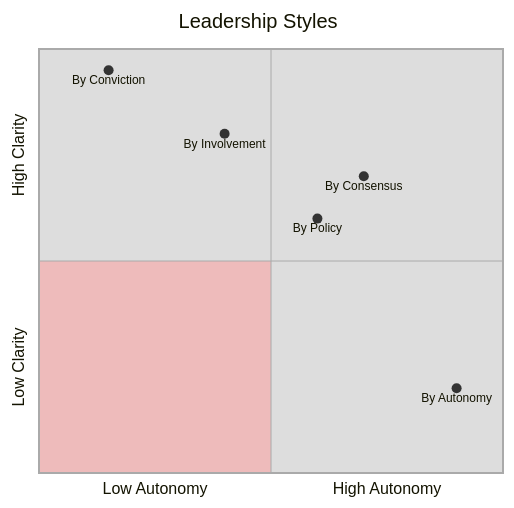
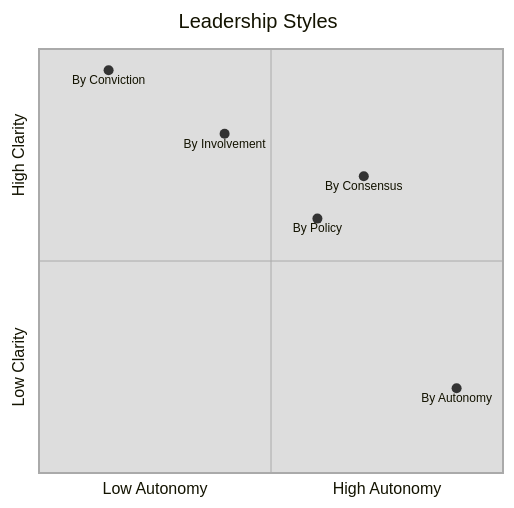
Before and after one commit to bejayoharen/bjorg.github.io: the diagram in _drafts/autonomy-vs-clarity.md, drawn with Mermaid. The commit also changed 5 other files, not shown here.

```diff
--- a/_drafts/autonomy-vs-clarity.md
+++ b/_drafts/autonomy-vs-clarity.md
@@ -16,22 +16,22 @@
 <div style="margin: 1em auto; text-align: center; max-width:900px;" class="mermaid">
 ---
 config:
     quadrantChart:
     themeVariables:
         quadrant1Fill: "#ddd"
         quadrant2Fill: "#ddd"
-        quadrant3Fill: "#ebb"
+        quadrant3Fill: "#ddd"
         quadrant4Fill: "#ddd"
         quadrantInternalBorderStrokeFill: "#aaa"
         quadrantExternalBorderStrokeFill: "#aaaaaa"
 ---
 quadrantChart
     title Leadership Styles
     x-axis Low Autonomy --> High Autonomy
     y-axis Low Clarity --> High Clarity
     By Autonomy: [0.9, 0.2]
     By Involvement: [0.4, 0.8]
     By Conviction: [0.15, 0.95]
     By Policy: [0.6, 0.6]
     By Consensus: [0.7, 0.7]
 </div>
```
